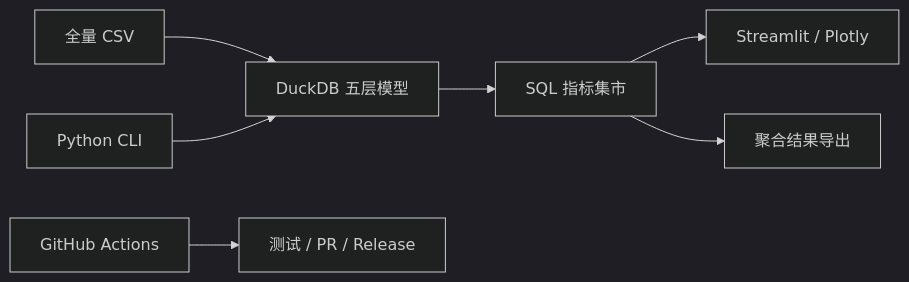
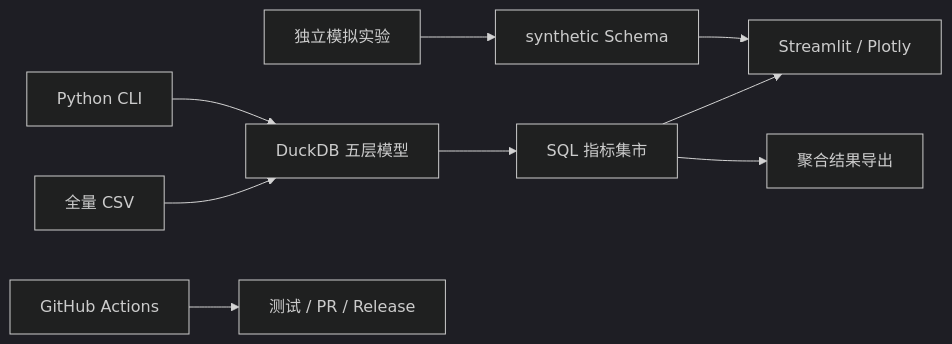
Before and after one commit to Guzdey/product-ops-growth-analytics: the diagram in README.md, drawn with Mermaid (dark theme). The commit also changed other lines of this file and 29 other files, not shown here.

````diff
--- a/README.md
+++ b/README.md
@@ -82,9 +84,11 @@
 ```mermaid
 flowchart LR
     A["全量 CSV"] --> B["DuckDB 五层模型"]
     C["Python CLI"] --> B
     B --> D["SQL 指标集市"]
     D --> E["Streamlit / Plotly"]
     D --> F["聚合结果导出"]
+    I["独立模拟实验"] --> J["synthetic Schema"]
+    J --> E
     G["GitHub Actions"] --> H["测试 / PR / Release"]
 ```
````
